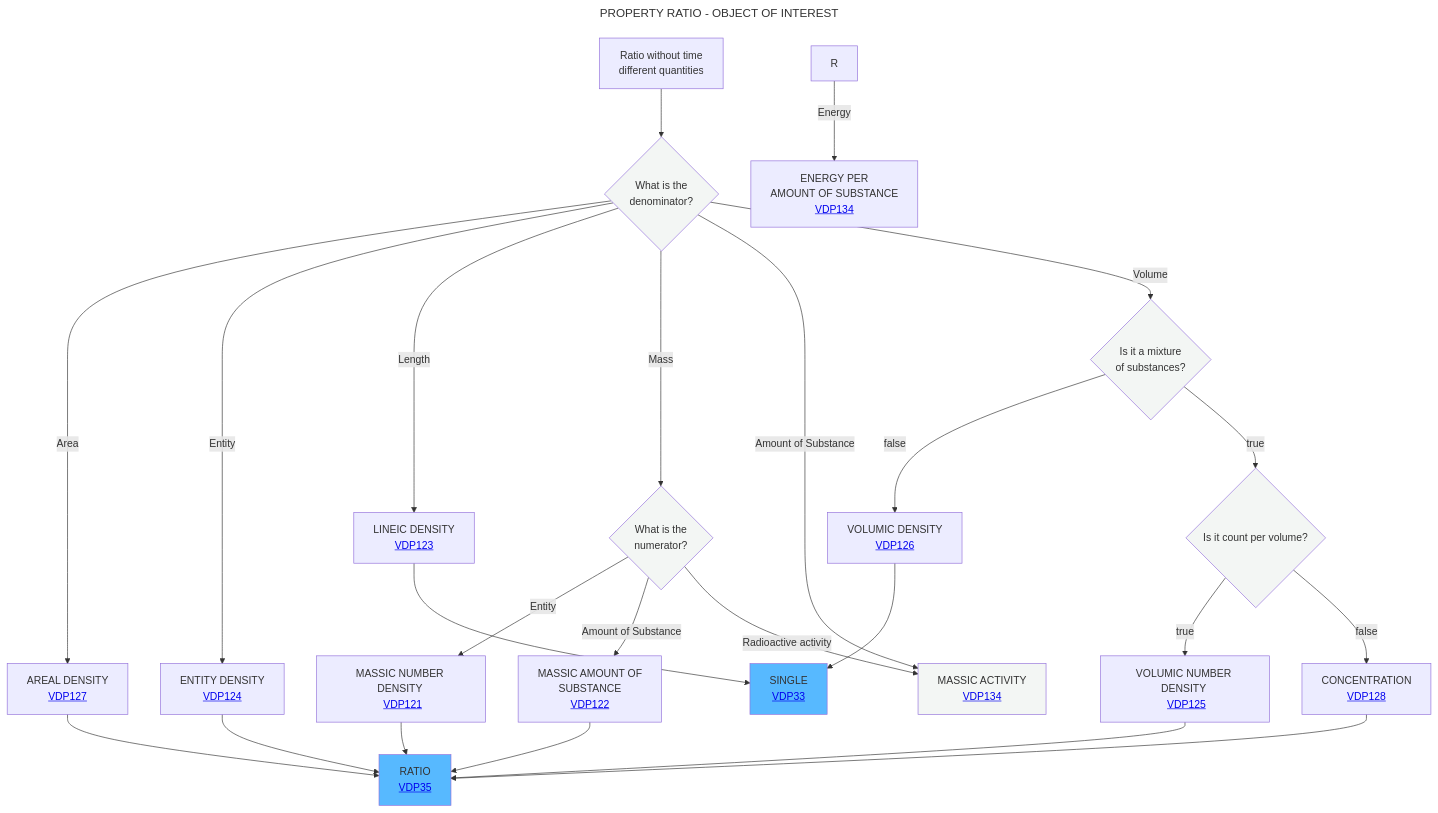
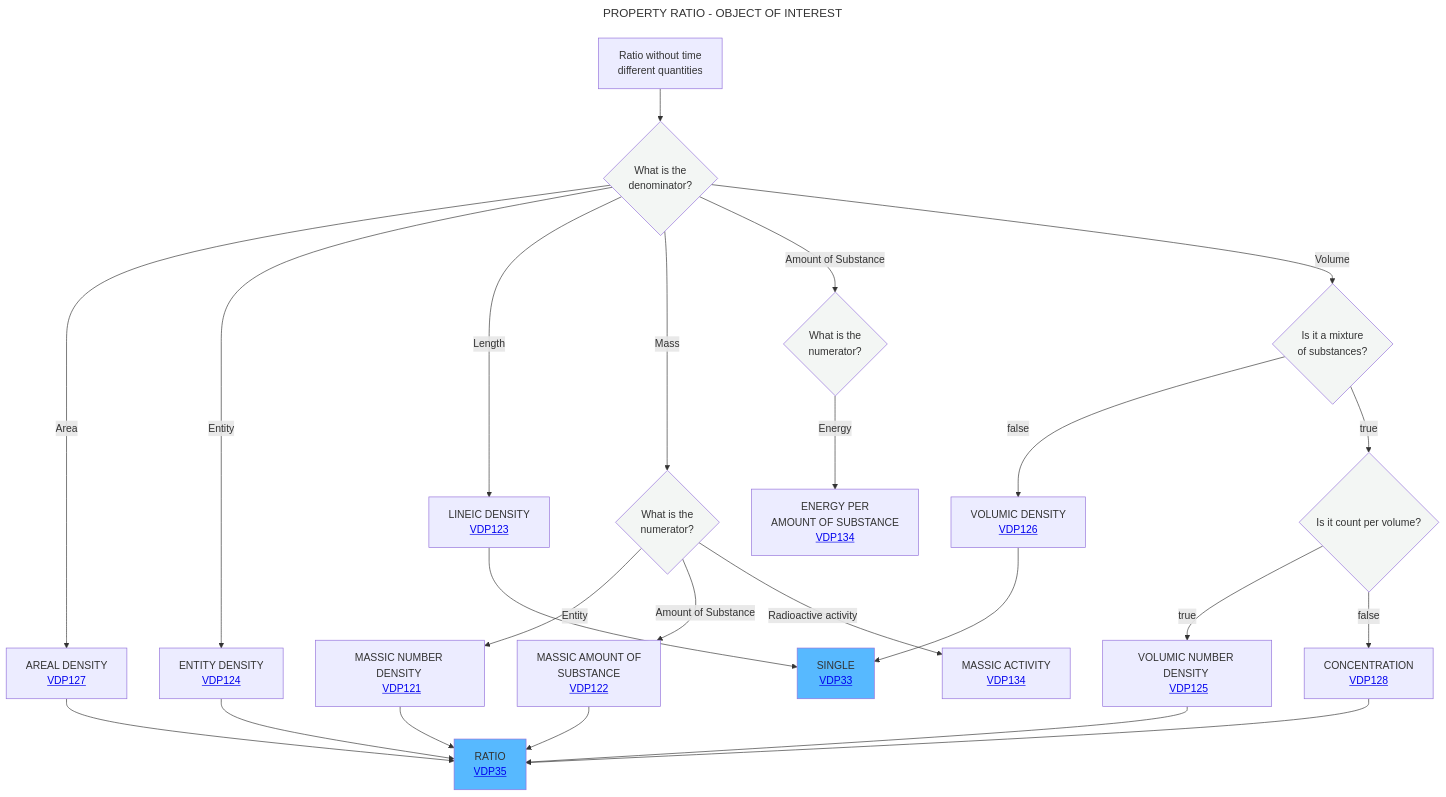
The diagram in Decisition_trees/DT5.mmd (mabablue/I-ADOPT-patterns-playground), drawn with Mermaid before and after one commit.

```diff
--- a/Decisition_trees/DT5.mmd
+++ b/Decisition_trees/DT5.mmd
@@ -1,31 +1,31 @@
 ---
 title: PROPERTY RATIO - OBJECT OF INTEREST
 ---
 flowchart TD
     A[Ratio without time <br> different quantities] --> B{What is the <br> denominator?}:::white
     B -- Area -->C[AREAL DENSITY <br> <a href='https://github.com/mabablue/I-ADOPT-patterns-playground/blob/main/pattern/VDP127.yaml'>VDP127</a>]
     B -- Entity -->F[ENTITY DENSITY <br> <a href='https://github.com/mabablue/I-ADOPT-patterns-playground/blob/main/pattern/VDP124.yaml'>VDP124</a>]
     B -- Length -->D[LINEIC DENSITY <br> <a href='https://github.com/mabablue/I-ADOPT-patterns-playground/blob/main/pattern/VDP123.yaml'>VDP123</a>]
     B -- Mass -->E{What is the <br> numerator?}:::white
-    B -- Amount of Substance --> Q{What is the <br> numerator?}:::white
+    B -- Amount of Substance --> R{What is the <br> numerator?}:::white
     E -- Entity --> L[MASSIC NUMBER DENSITY <br> <a href='https://github.com/mabablue/I-ADOPT-patterns-playground/blob/main/pattern/VDP121.yaml'>VDP121</a>]
     E -- Amount of Substance --> P[MASSIC AMOUNT OF <br> SUBSTANCE <br> <a href='https://github.com/mabablue/I-ADOPT-patterns-playground/blob/main/pattern/VDP122.yaml'>VDP122</a>]
     E -- Radioactive activity --> Q[MASSIC ACTIVITY <br> <a href='https://github.com/mabablue/I-ADOPT-patterns-playground/blob/main/pattern/VDP134.yaml'>VDP134</a>]
     B -- Volume -->G{Is it a mixture <br> of substances?}:::white
     G --> |false|H[VOLUMIC DENSITY <br> <a href='https://github.com/mabablue/I-ADOPT-patterns-playground/blob/main/pattern/VDP126.yaml'>VDP126</a>]
     G--> |true|J{Is it count per volume?}:::white
     J --> |true|I[VOLUMIC NUMBER DENSITY <br> <a href='https://github.com/mabablue/I-ADOPT-patterns-playground/blob/main/pattern/VDP125.yaml'>VDP125</a>]
     J --> |false|M[CONCENTRATION <br> <a href='https://github.com/mabablue/I-ADOPT-patterns-playground/blob/main/pattern/VDP128.yaml'>VDP128</a>]
     I --> N
     C --> N[RATIO <br> <a href='https://github.com/mabablue/I-ADOPT-patterns-playground/blob/main/pattern/VDP35.yaml'>VDP35</a>]:::satblue
     F --> N
     D --> O[SINGLE <br> <a href='https://github.com/mabablue/I-ADOPT-patterns-playground/blob/main/pattern/VDP33.yaml'>VDP33</a>]:::satblue
     R -- Energy --> S[ENERGY PER <br> AMOUNT OF SUBSTANCE <br> <a href='https://github.com/mabablue/I-ADOPT-patterns-playground/blob/main/pattern/VDP134.yaml'>VDP134</a>]
     H --> O
     L --> N
     P --> N
     M --> N
    classDef blue fill:#90D5FF
    classDef satblue fill:#57B9FF 
    classDef white fill:#f3f6f4
    classDef green fill:#6aa84f
```
